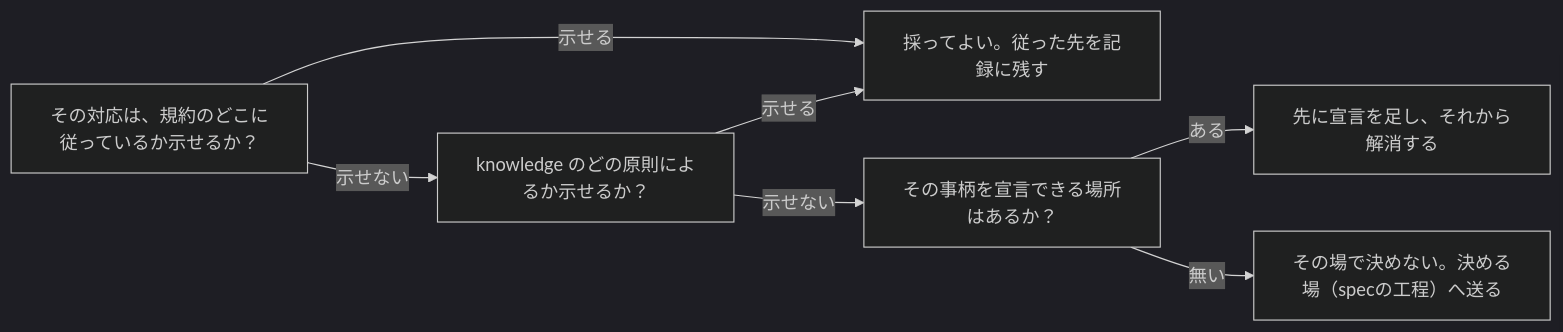
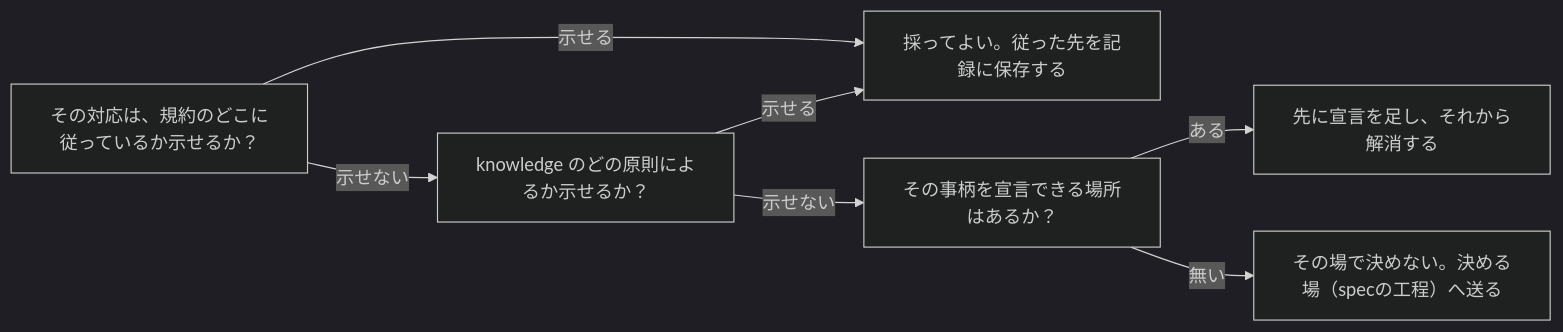
Before and after one commit to daidaiiro-519/daidaiiro: the diagram in .claude/skills/tech-lead-advisor/references/knowledge/knowledge-cand-avoidable-friction-is-not-detection.md, drawn with Mermaid (dark theme). The commit also changed other lines of this file and 320 other files, not shown here.

````diff
--- a/.claude/skills/tech-lead-advisor/references/knowledge/knowledge-cand-avoidable-friction-is-not-detection.md
+++ b/.claude/skills/tech-lead-advisor/references/knowledge/knowledge-cand-avoidable-friction-is-not-detection.md
@@ -47,15 +47,15 @@
 ```mermaid
 flowchart LR
     q1["その対応は、規約のどこに従っているか示せるか？"]
     q2["knowledge のどの原則によるか示せるか？"]
     q3["その事柄を宣言できる場所はあるか？"]
-    ok["採ってよい。従った先を記録に残す"]
+    ok["採ってよい。従った先を記録に保存する"]
     declare["先に宣言を足し、それから解消する"]
     hold["その場で決めない。決める場（specの工程）へ送る"]
     q1 -->|"示せる"| ok
     q1 -->|"示せない"| q2
     q2 -->|"示せる"| ok
     q2 -->|"示せない"| q3
     q3 -->|"ある"| declare
     q3 -->|"無い"| hold
 ```
````
